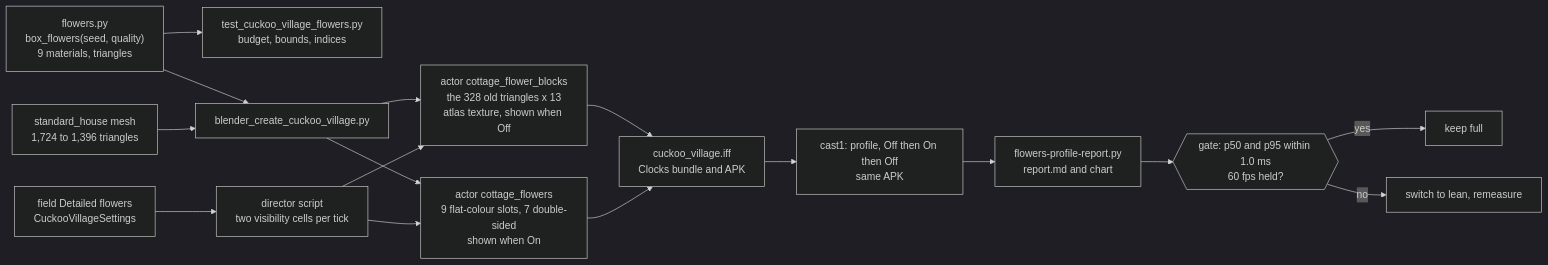
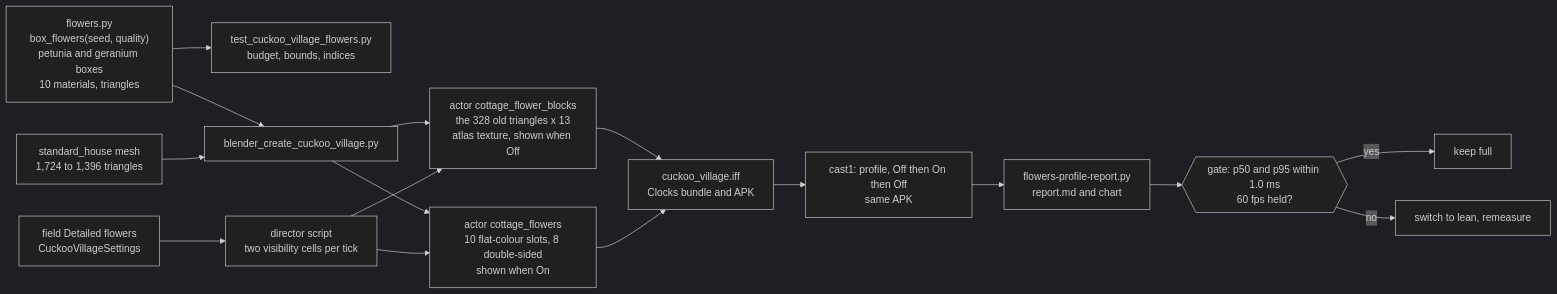
The first of 3 diagrams in docs/plans/2026-11-22-cuckoo-village-flowers.md (wbniv/WorldFoundry), drawn with Mermaid (dark theme) before and after one commit. The commit also changed other lines of this file and 9 other files, not shown here.

First line of the commit message:
Flowers: one box in three is a geranium box; plan, renders and render times updated

````diff
--- a/docs/plans/2026-11-22-cuckoo-village-flowers.md
+++ b/docs/plans/2026-11-22-cuckoo-village-flowers.md
@@ -41,18 +41,18 @@
 ```mermaid
 flowchart LR
-    G["flowers.py<br/>box_flowers(seed, quality)<br/>9 materials, triangles"] --> T["test_cuckoo_village_flowers.py<br/>budget, bounds, indices"]
+    G["flowers.py<br/>box_flowers(seed, quality)<br/>petunia and geranium boxes<br/>10 materials, triangles"] --> T["test_cuckoo_village_flowers.py<br/>budget, bounds, indices"]
     G --> B["blender_create_cuckoo_village.py"]
     H["standard_house mesh<br/>1,724 to 1,396 triangles"] --> B
     B --> K["actor cottage_flower_blocks<br/>the 328 old triangles x 13<br/>atlas texture, shown when Off"]
-    B --> A["actor cottage_flowers<br/>9 flat-colour slots, 7 double-sided<br/>shown when On"]
+    B --> A["actor cottage_flowers<br/>10 flat-colour slots, 8 double-sided<br/>shown when On"]
     S["field Detailed flowers<br/>CuckooVillageSettings"] --> D["director script<br/>two visibility cells per tick"]
     D --> K
     D --> A
     K --> L["cuckoo_village.iff<br/>Clocks bundle and APK"]
     A --> L
     L --> C["cast1: profile, Off then On then Off<br/>same APK"]
     C --> R["flowers-profile-report.py<br/>report.md and chart"]
     R --> Q{{"gate: p50 and p95 within 1.0 ms<br/>60 fps held?"}}
     Q -- yes --> Y["keep full"]
     Q -- no --> N["switch to lean, remeasure"]
 ```
````
